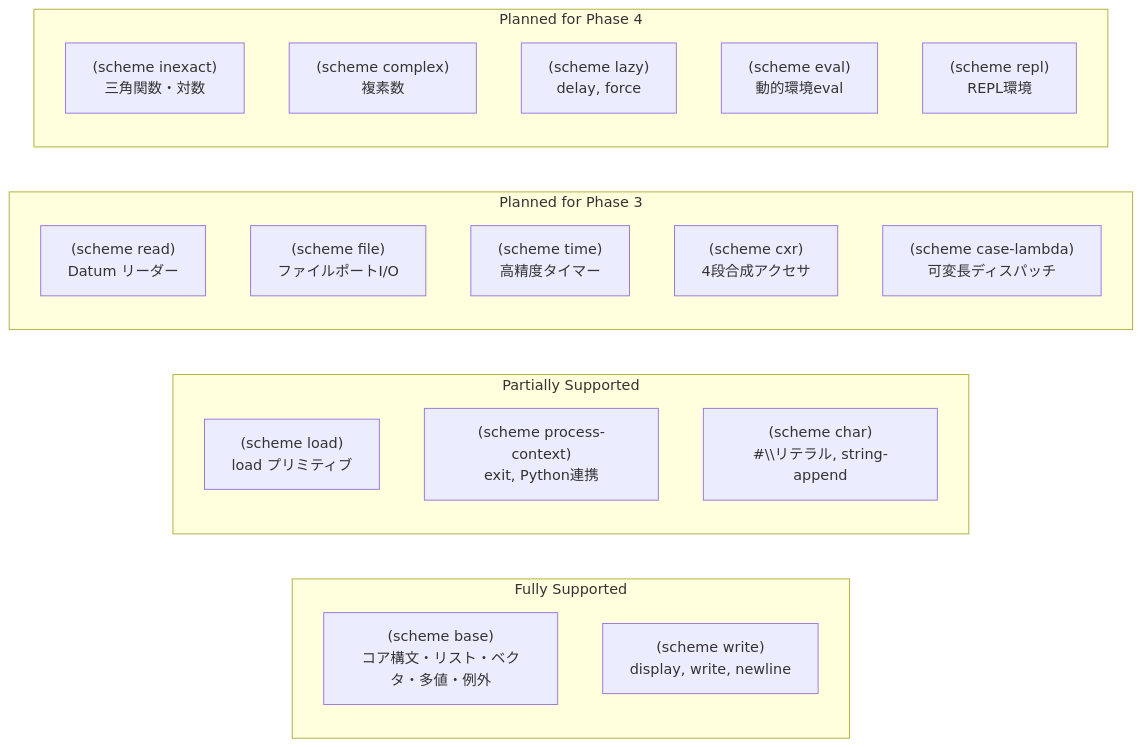
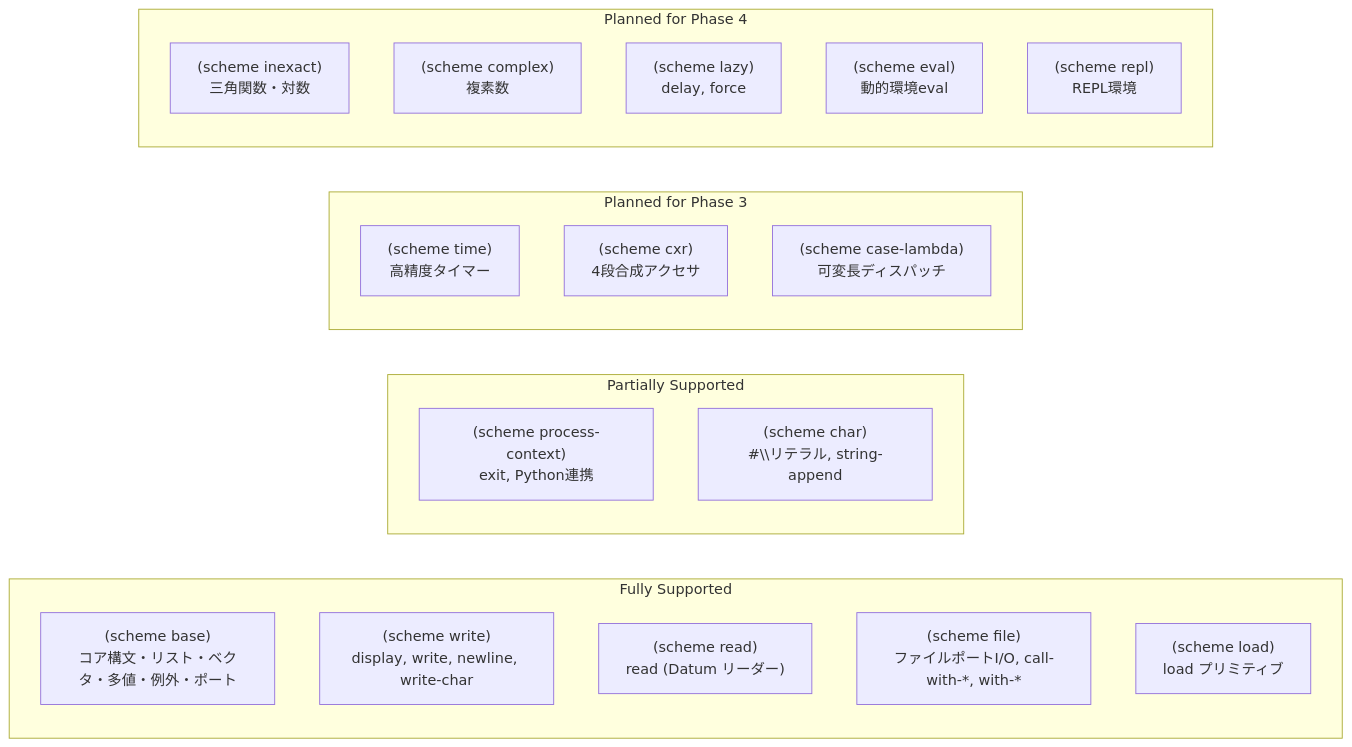
Before and after one commit to rokujyouhitoma/arxiv-security-papers: the second of 3 diagrams in ilisp/docs/SPEC_R7RS.md, drawn with Mermaid. The commit also changed other lines of this file and 8 other files, not shown here.

````diff
--- a/ilisp/docs/SPEC_R7RS.md
+++ b/ilisp/docs/SPEC_R7RS.md
@@ -245,26 +257,26 @@
 ```mermaid
 graph LR
     subgraph Fully Supported
-        SB["(scheme base)<br>コア構文・リスト・ベクタ・多値・例外"]
-        SW["(scheme write)<br>display, write, newline"]
+        SB["(scheme base)<br>コア構文・リスト・ベクタ・多値・例外・ポート"]
+        SW["(scheme write)<br>display, write, newline, write-char"]
+        SR["(scheme read)<br>read (Datum リーダー)"]
+        SF["(scheme file)<br>ファイルポートI/O, call-with-*, with-*"]
+        SL["(scheme load)<br>load プリミティブ"]
     end
     subgraph Partially Supported
-        SL["(scheme load)<br>load プリミティブ"]
         SPC["(scheme process-context)<br>exit, Python連携"]
         SC["(scheme char)<br>#\\リテラル, string-append"]
     end
     subgraph Planned for Phase 3
-        SR["(scheme read)<br>Datum リーダー"]
-        SF["(scheme file)<br>ファイルポートI/O"]
         ST["(scheme time)<br>高精度タイマー"]
         SCXR["(scheme cxr)<br>4段合成アクセサ"]
         SCASE["(scheme case-lambda)<br>可変長ディスパッチ"]
     end
     subgraph Planned for Phase 4
         SI["(scheme inexact)<br>三角関数・対数"]
         SCOM["(scheme complex)<br>複素数"]
         SLAZY["(scheme lazy)<br>delay, force"]
         SEVAL["(scheme eval)<br>動的環境eval"]
         SREPL["(scheme repl)<br>REPL環境"]
     end
 ```
````
